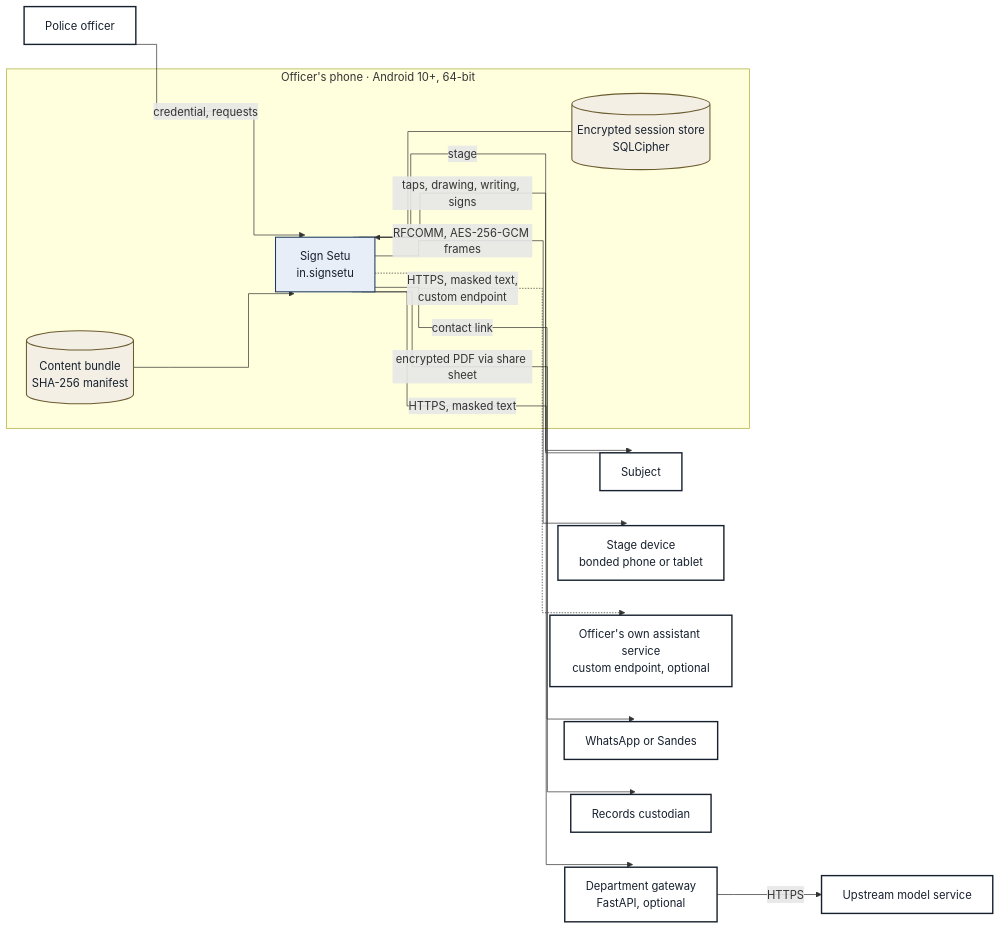
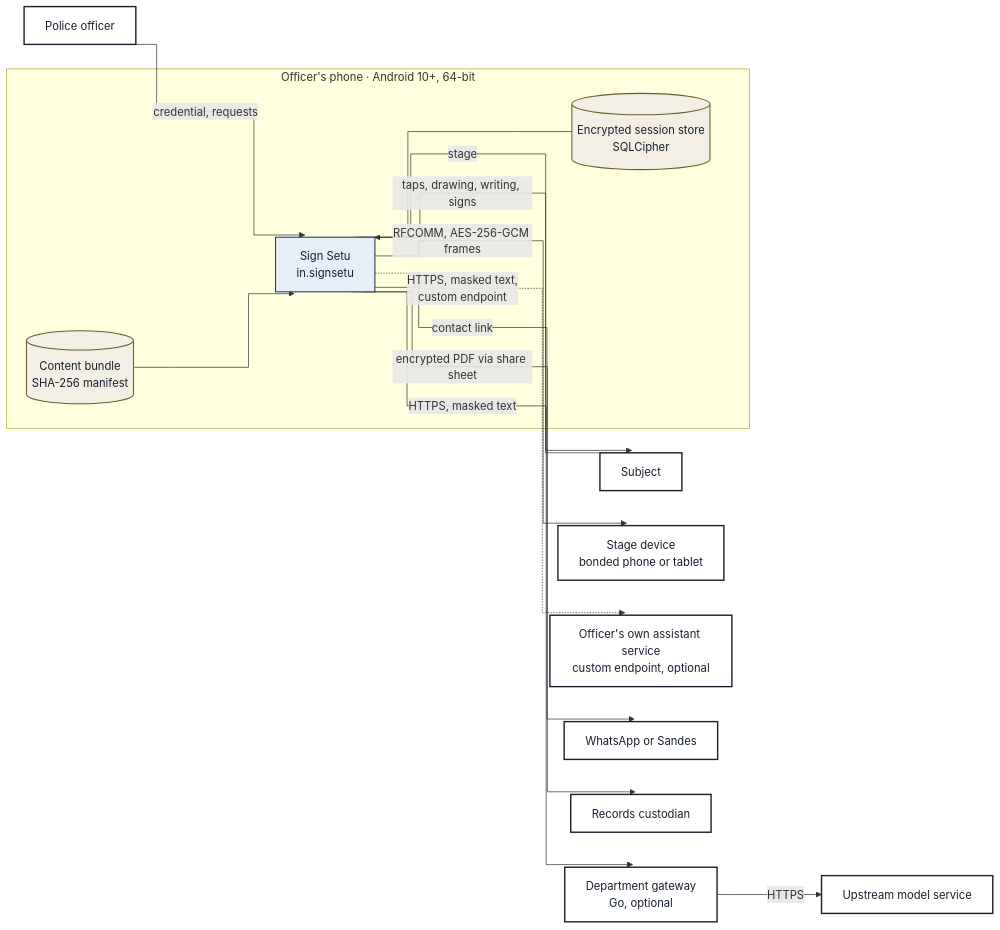
The first of 16 diagrams in docs/02-architecture.md (CiValidator/SScivalidator), drawn with Mermaid before and after one commit. The commit also changed other lines of this file and 199 other files, not shown here.

````diff
--- a/docs/02-architecture.md
+++ b/docs/02-architecture.md
@@ -12,31 +12,31 @@
 ```mermaid
 %%{init: {"flowchart": {"curve": "step"}}}%%
 flowchart LR
     OFF["Police officer"]:::ext
     SUB["Subject"]:::ext
     subgraph PHONE["Officer's phone · Android 10+, 64-bit"]
         APP["Sign Setu<br/>in.signsetu"]:::comp
         DB[("Encrypted session store<br/>SQLCipher")]:::data
         BUNDLE[("Content bundle<br/>SHA-256 manifest")]:::data
     end
     STAGE["Stage device<br/>bonded phone or tablet"]:::ext
-    GW["Department gateway<br/>FastAPI, optional"]:::ext
+    GW["Department gateway<br/>Go, optional"]:::ext
     DIRECT["Officer's own assistant service<br/>custom endpoint, optional"]:::ext
     UP["Upstream model service"]:::ext
     MSG["WhatsApp or Sandes"]:::ext
     CUST["Records custodian"]:::ext
     OFF -- "credential, requests" --> APP
     APP -- "stage" --> SUB
     SUB -- "taps, drawing, writing, signs" --> APP
     APP --- DB
     BUNDLE --> APP
     APP -- "RFCOMM, AES-256-GCM frames" --> STAGE
     APP -- "HTTPS, masked text" --> GW
     APP -. "HTTPS, masked text,<br/>custom endpoint" .-> DIRECT
     GW -- "HTTPS" --> UP
     APP -- "contact link" --> MSG
     APP -- "encrypted PDF via share sheet" --> CUST
     classDef ext fill:#ffffff,stroke:#16202e,stroke-width:2px,color:#16202e
     classDef comp fill:#e8eef7,stroke:#1f3a5f,stroke-width:1.5px,color:#16202e
     classDef data fill:#f3efe4,stroke:#6b5b2e,stroke-width:1.5px,color:#16202e
 ```
````
